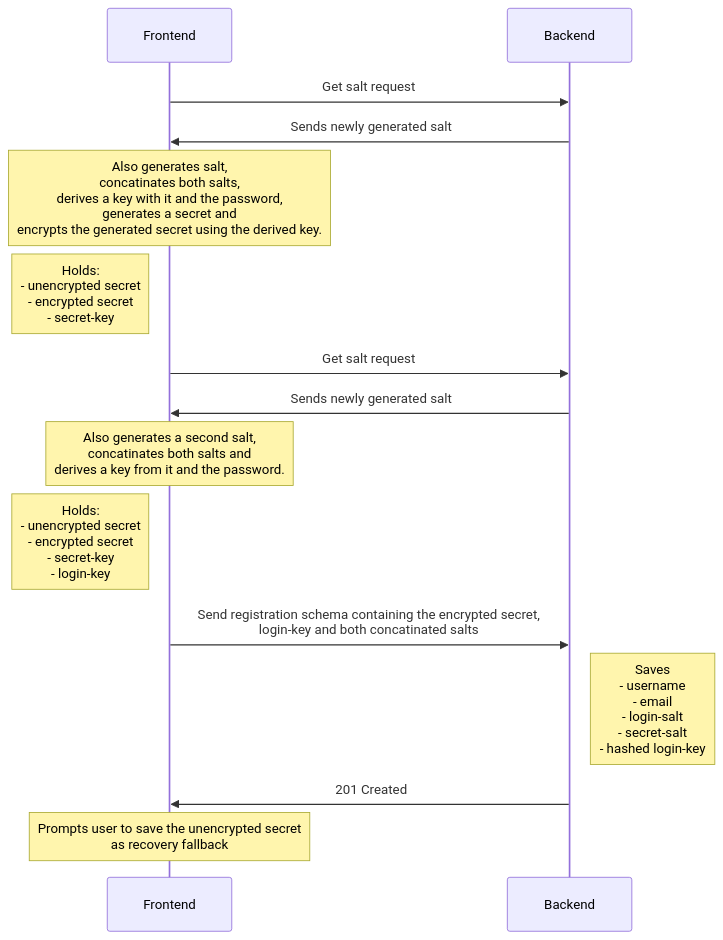
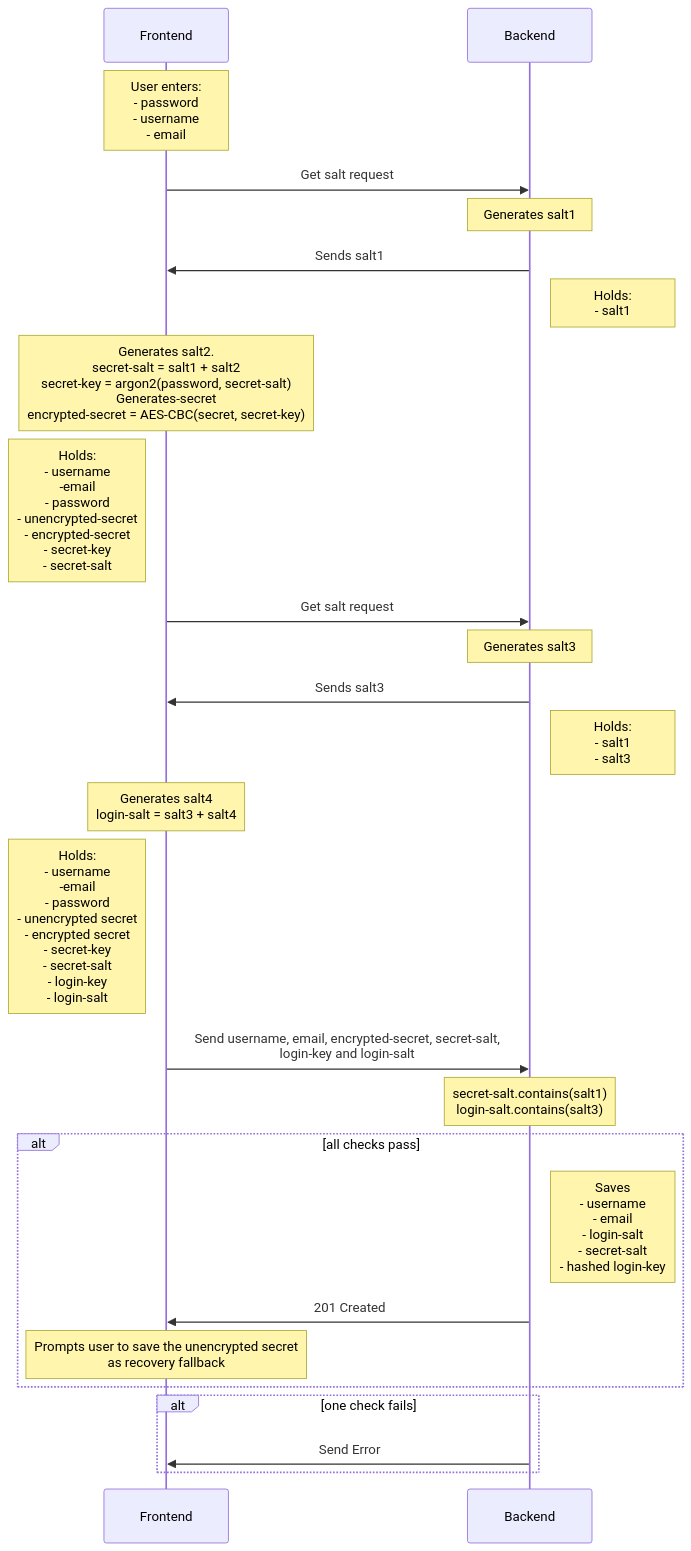
Before and after one commit to Tinkerforge/esp32-remote-access: the first of 10 diagrams in sequence.md, drawn with Mermaid. The commit also changed other lines of this file, not shown here.

````diff
--- a/sequence.md
+++ b/sequence.md
@@ -9,15 +9,35 @@
 ```mermaid
 sequenceDiagram
+    Note over Frontend: User enters: <br> - password <br> - username <br> - email
+
     Frontend->>Backend: Get salt request
-    Backend->>Frontend: Sends newly generated salt
-    Note over Frontend: Also generates salt,<br>concatinates both salts,<br>derives a key with it and the password,<br>generates a secret and<br>encrypts the generated secret using the derived key.
-    Note left of Frontend: Holds: <br> - unencrypted secret <br> - encrypted secret <br> - secret-key
+    Note over Backend: Generates salt1
+    Backend->>Frontend: Sends salt1
+    Note right of Backend: Holds: <br> - salt1
+    Note over Frontend: Generates salt2. <br> secret-salt = salt1 + salt2 <br> secret-key = argon2(password, secret-salt) <br> Generates-secret <br> encrypted-secret = AES-CBC(secret, secret-key)
+
+    Note left of Frontend: Holds: <br> - username <br> -email <br> - password <br> - unencrypted-secret <br> - encrypted-secret <br> - secret-key <br> - secret-salt
+
     Frontend->>Backend: Get salt request
-    Backend->>Frontend: Sends newly generated salt
-    Note over Frontend: Also generates a second salt,<br>concatinates both salts and<br> derives a key from it and the password.
-    Note left of Frontend: Holds: <br> - unencrypted secret <br> - encrypted secret <br> - secret-key <br> - login-key
-    Frontend->>Backend: Send registration schema containing the encrypted secret,<br> login-key and both concatinated salts
-    Note right of Backend: Saves <br> - username <br> - email <br> - login-salt <br> - secret-salt <br> - hashed login-key
-    Backend->>Frontend: 201 Created
-    Note over Frontend: Prompts user to save the unencrypted secret<br>as recovery fallback
+    Note over Backend: Generates salt3
+    Backend->>Frontend: Sends salt3
+
+    Note right of Backend: Holds: <br> - salt1 <br> - salt3
+
+    Note over Frontend: Generates salt4 <br> login-salt = salt3 + salt4
+
+    Note left of Frontend: Holds: <br> - username <br> -email <br> - password <br> - unencrypted secret <br> - encrypted secret <br> - secret-key <br> - secret-salt <br> - login-key <br> - login-salt
+
+    Frontend->>Backend: Send username, email, encrypted-secret, secret-salt, <br> login-key and login-salt
+
+    Note over Backend: secret-salt.contains(salt1) <br> login-salt.contains(salt3)
+
+    alt all checks pass
+        Note right of Backend: Saves <br> - username <br> - email <br> - login-salt <br> - secret-salt <br> - hashed login-key
+        Backend->>Frontend: 201 Created
+        Note over Frontend: Prompts user to save the unencrypted secret<br>as recovery fallback
+    end
+    alt one check fails
+        Backend->>Frontend: Send Error
+    end
 ```
````
